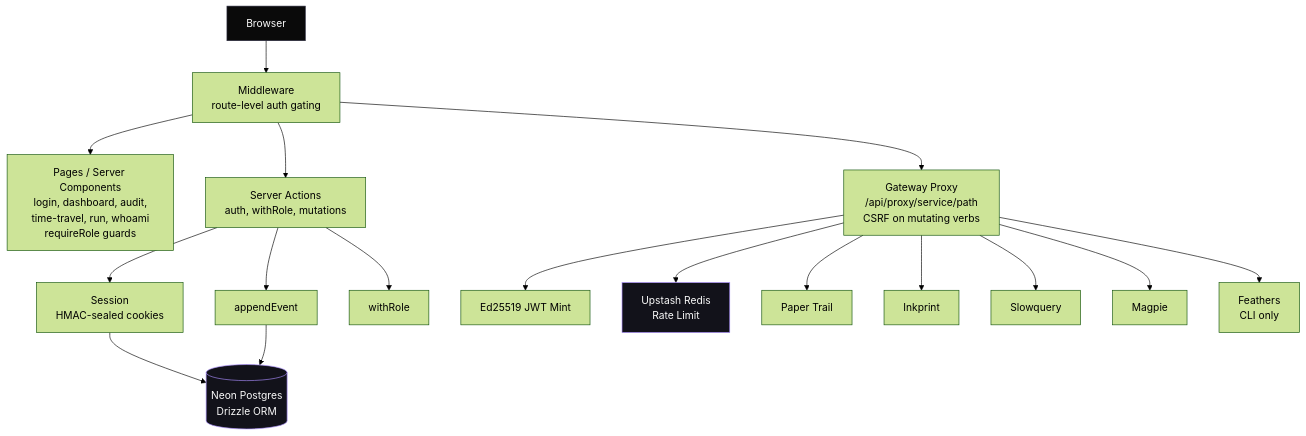
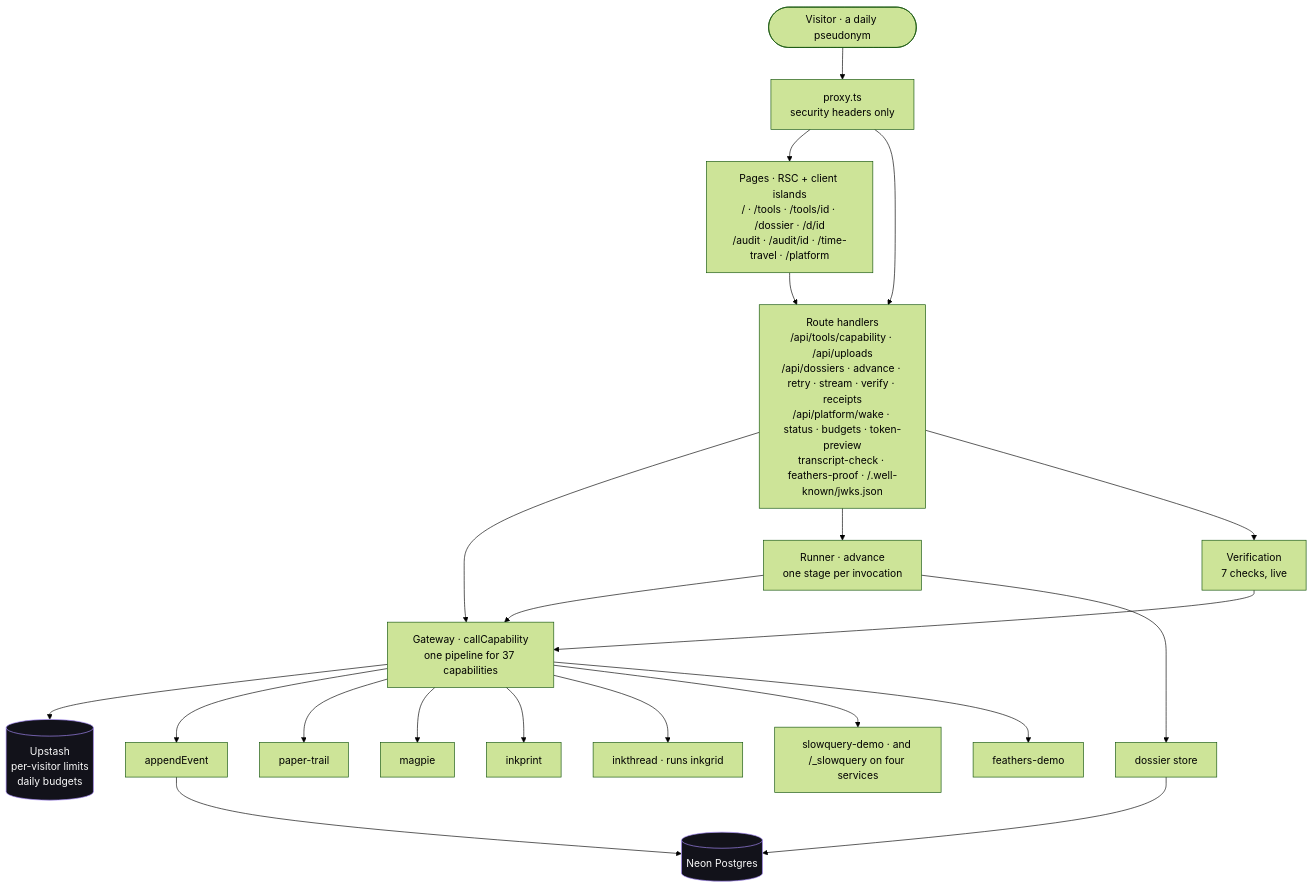
Before and after one commit to Abdul-Muizz1310/bastion: the first of 5 diagrams in docs/ARCHITECTURE.md, drawn with Mermaid (forest theme). The commit also changed other lines of this file and 10 other files, not shown here.

````diff
--- a/docs/ARCHITECTURE.md
+++ b/docs/ARCHITECTURE.md
@@ -7,27 +11,29 @@
 ```mermaid
 flowchart TD
-    Browser[Browser] --> MW[Middleware<br>route-level auth gating]
-    MW --> Pages[Pages / Server Components<br>login, dashboard, audit,<br>time-travel, run, whoami<br>requireRole guards]
-    MW --> SA[Server Actions<br>auth, withRole, mutations]
-    MW --> GW[Gateway Proxy<br>/api/proxy/service/path<br>CSRF on mutating verbs]
+    V([Visitor · a daily pseudonym]) --> Proxy[proxy.ts<br/>security headers only]
+    Proxy --> Pages[Pages · RSC + client islands<br/>/ · /tools · /tools/id · /dossier · /d/id<br/>/audit · /audit/id · /time-travel · /platform]
+    Proxy --> Routes[Route handlers<br/>/api/tools/capability · /api/uploads<br/>/api/dossiers · advance · retry · stream · verify · receipts<br/>/api/platform/wake · status · budgets · token-preview<br/>transcript-check · feathers-proof · /.well-known/jwks.json]
+    Pages --> Routes
 
-    SA --> Session[Session<br>HMAC-sealed cookies]
-    SA --> Audit[appendEvent]
-    SA --> RBAC[withRole]
+    Routes --> GW[Gateway · callCapability<br/>one pipeline for 37 capabilities]
+    Routes --> Runner[Runner · advance<br/>one stage per invocation]
+    Runner --> GW
+    Routes --> Verify[Verification<br/>7 checks, live]
+    Verify --> GW
 
-    Session --> Neon[(Neon Postgres<br>Drizzle ORM)]
-    Audit --> Neon
+    GW --> RL[(Upstash<br/>per-visitor limits<br/>daily budgets)]
+    GW --> Audit[appendEvent]
+    Runner --> Store[dossier store]
+    Audit --> DB[(Neon Postgres)]
+    Store --> DB
 
-    GW --> JWT[Ed25519 JWT Mint]
-    GW --> RL[Upstash Redis<br>Rate Limit]
+    GW --> PT[paper-trail]
+    GW --> MG[magpie]
+    GW --> IP[inkprint]
+    GW --> IT[inkthread · runs inkgrid]
+    GW --> SQ[slowquery-demo · and /_slowquery on four services]
+    GW --> FD[feathers-demo]
 
-    GW --> PT[Paper Trail]
-    GW --> IP[Inkprint]
-    GW --> SQ[Slowquery]
-    GW --> MG[Magpie]
-    GW --> FT[Feathers<br>CLI only]
-
-    style Browser fill:#0a0a0a,stroke:#2a2a3d,color:#fafafa
-    style Neon fill:#12121a,stroke:#a78bfa,color:#fafafa
+    style DB fill:#12121a,stroke:#a78bfa,color:#fafafa
     style RL fill:#12121a,stroke:#a78bfa,color:#fafafa
 ```
````
